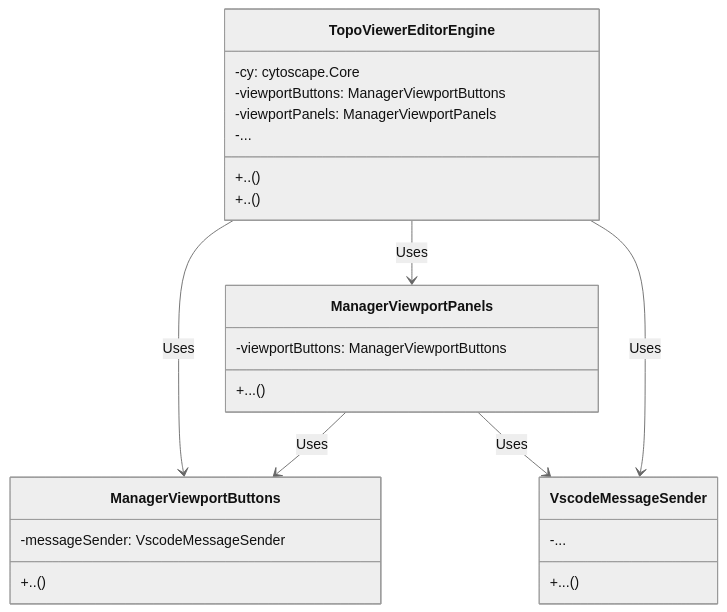
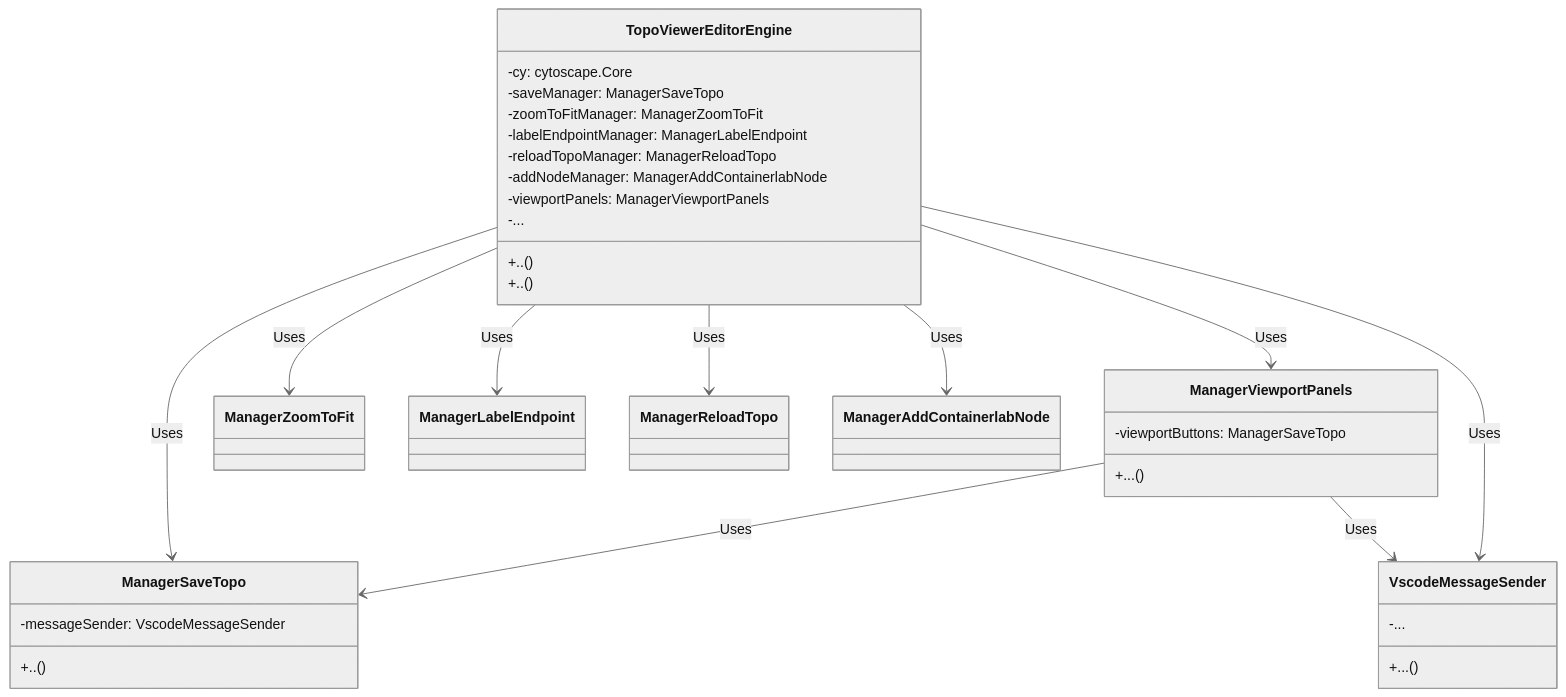
Before and after one commit to srl-labs/vscode-containerlab: the diagram in src/topoViewerEditor/readme.md, drawn with Mermaid (neutral theme). The commit also changed other lines of this file, not shown here.

Commit message:
udapte topoeditor readme.md

````diff
--- a/src/topoViewerEditor/readme.md
+++ b/src/topoViewerEditor/readme.md
@@ -36,32 +40,40 @@
 ```mermaid
 classDiagram
     class TopoViewerEditorEngine {
         -cy: cytoscape.Core
-        -viewportButtons: ManagerViewportButtons
+        -saveManager: ManagerSaveTopo
+        -zoomToFitManager: ManagerZoomToFit
+        -labelEndpointManager: ManagerLabelEndpoint
+        -reloadTopoManager: ManagerReloadTopo
+        -addNodeManager: ManagerAddContainerlabNode
         -viewportPanels: ManagerViewportPanels
         -...
         +..()
         +..()
     }
 
-    class ManagerViewportButtons {
+    class ManagerSaveTopo {
         -messageSender: VscodeMessageSender
         +..()
     }
 
     class ManagerViewportPanels {
-        -viewportButtons: ManagerViewportButtons
+        -viewportButtons: ManagerSaveTopo
         +...()
     }
 
     class VscodeMessageSender {
         -...
         +...()
     }
 
-    TopoViewerEditorEngine --> ManagerViewportButtons: Uses
+    TopoViewerEditorEngine --> ManagerSaveTopo: Uses
+    TopoViewerEditorEngine --> ManagerZoomToFit: Uses
+    TopoViewerEditorEngine --> ManagerLabelEndpoint: Uses
+    TopoViewerEditorEngine --> ManagerReloadTopo: Uses
+    TopoViewerEditorEngine --> ManagerAddContainerlabNode: Uses
     TopoViewerEditorEngine --> ManagerViewportPanels: Uses
     TopoViewerEditorEngine --> VscodeMessageSender: Uses
-    ManagerViewportPanels --> ManagerViewportButtons: Uses
+    ManagerViewportPanels --> ManagerSaveTopo: Uses
     ManagerViewportPanels --> VscodeMessageSender: Uses
 ```
````
